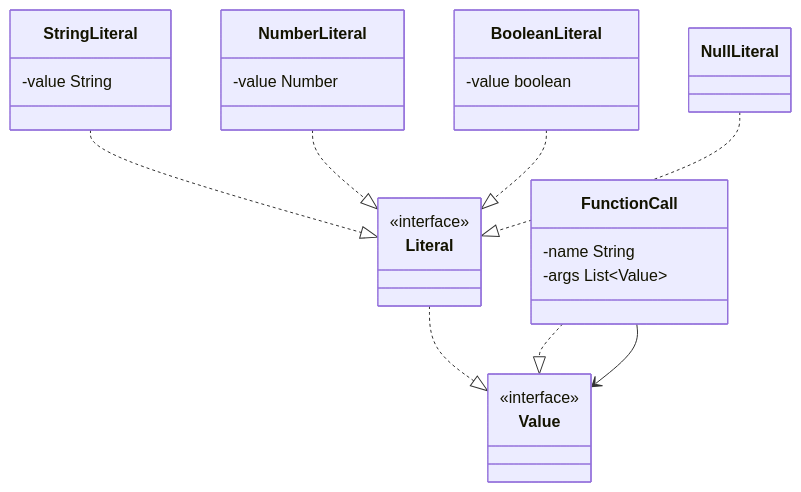
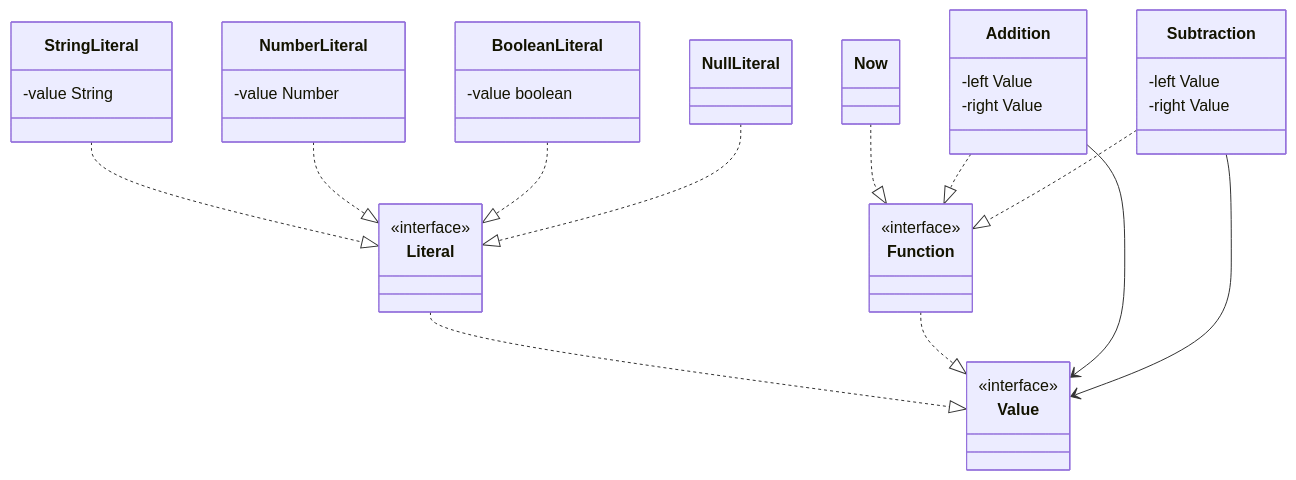
Before and after one commit to safarislava/QueryBricks: the seventh of 10 diagrams in docs/domain.md, drawn with Mermaid. The commit also changed other lines of this file, not shown here.

````diff
--- a/docs/domain.md
+++ b/docs/domain.md
@@ -157,36 +173,51 @@
 ```mermaid
 classDiagram
     class Value {
         <<interface>>
     }
     
     class Literal {
         <<interface>>
     }
     Literal ..|> Value
 
     class StringLiteral {
         -value String
     }
     StringLiteral ..|> Literal
 
     class NumberLiteral {
         -value Number
     }
     NumberLiteral ..|> Literal
 
     class BooleanLiteral {
         -value boolean
     }
     BooleanLiteral ..|> Literal
 
     class NullLiteral
     NullLiteral ..|> Literal
 
-    class FunctionCall {
-        -name String
-        -args List~Value~
+    class Function {
+        <<interface>>
     }
-    FunctionCall ..|> Value
-    FunctionCall --> Value
+    Function ..|> Value
+
+    class Now
+    Now ..|> Function
+
+    class Addition {
+        -left Value
+        -right Value
+    }
+    Addition ..|> Function
+    Addition --> Value
+
+    class Subtraction {
+        -left Value
+        -right Value
+    }
+    Subtraction ..|> Function
+    Subtraction --> Value
 ```
````
